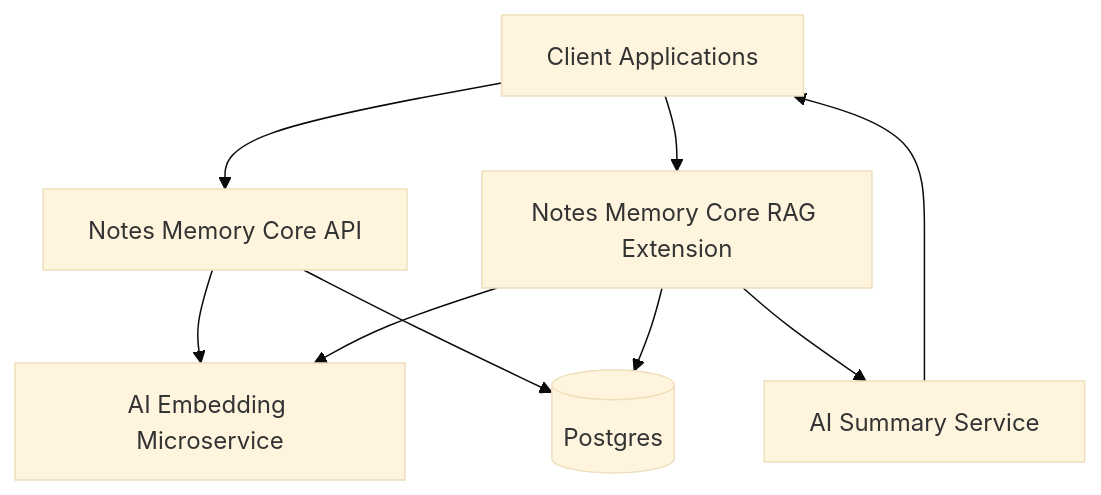
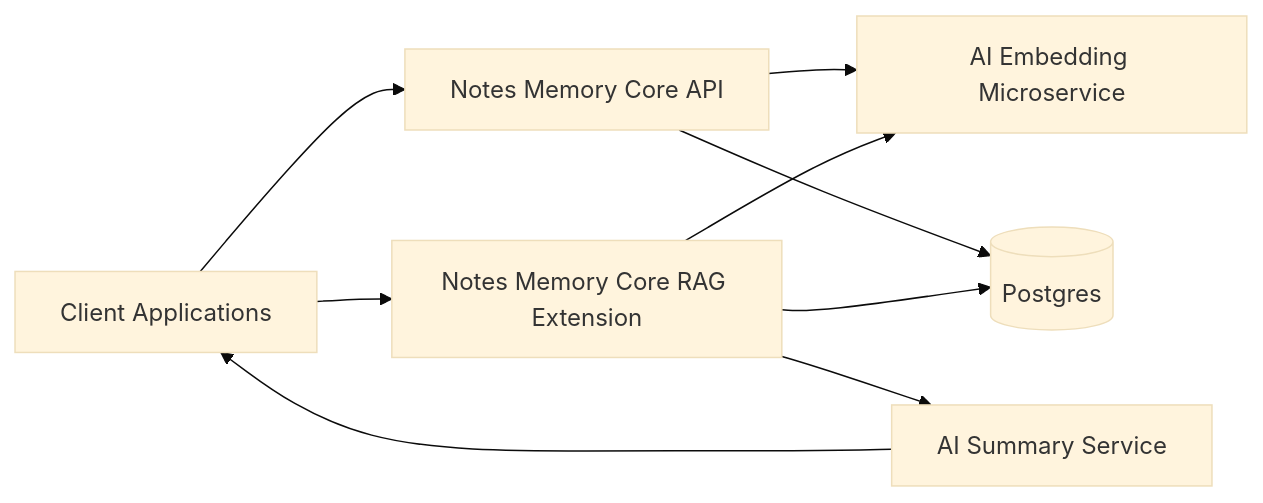
One commit to ai-backend-course/.github changed the diagram in profile/README.md. Above: the diagram before and after it, drawn with Mermaid (base theme). The commit also changed other lines of this file, not shown here.

Commit message:
Fix mermaid flowchart syntax in README.md

````diff
--- a/profile/README.md
+++ b/profile/README.md
@@ -10,15 +10,17 @@
 ```mermaid
-flowchart TD
+flowchart LR
 
-    Client[Client Applications] --> NotesCore[Notes Memory Core API]
+    Client[Client Applications]
+
+    Client --> NotesCore[Notes Memory Core API]
     Client --> RAGCore[Notes Memory Core RAG Extension]
 
-    NotesCore --> EmbedService[AI Embedding Microservice]
-    RAGCore --> EmbedService
-
-    RAGCore --> SummaryService[AI Summary Service]
-    SummaryService --> Client
+    NotesCore --> Embed[AI Embedding Microservice]
+    RAGCore --> Embed
 
     NotesCore --> DB[(Postgres)]
     RAGCore --> DB
+
+    RAGCore --> Summary[AI Summary Service]
+    Summary --> Client
 ```
````
